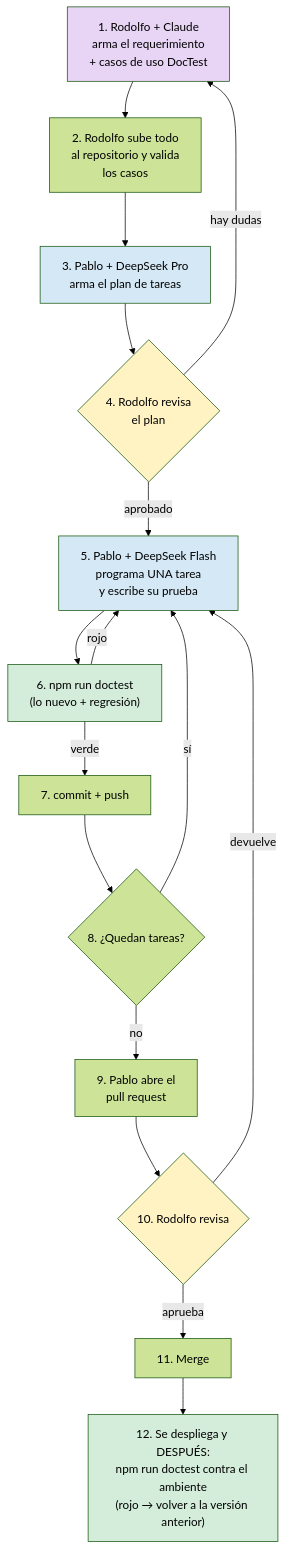
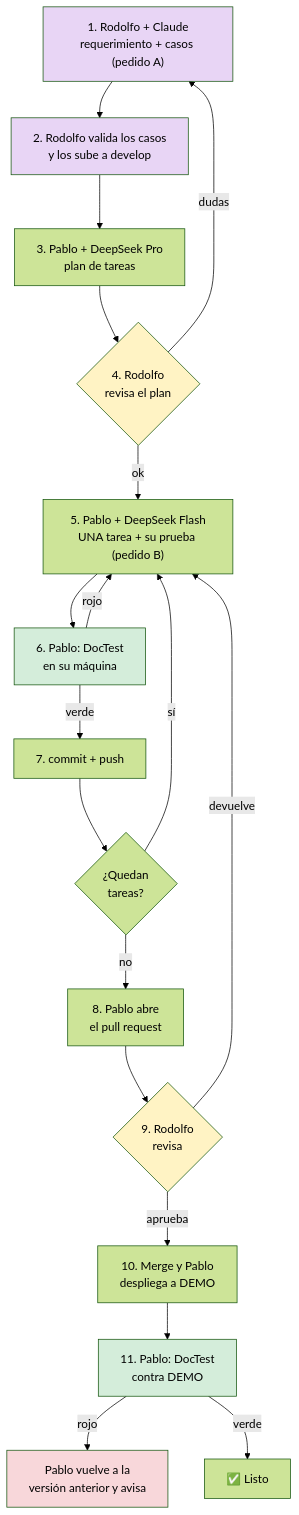
One commit to Trazalog/traz-tools changed the first of 3 diagrams in doc/metodologia/GUIA_REQUERIMIENTOS_CLAUDE_DEEPSEEK.md. Above: the diagram before and after it, drawn with Mermaid (forest theme). The commit also changed other lines of this file, not shown here.

First line of the commit message:
docs(metodologia): guia v1.4 en dos partes, ayuda memoria diaria y detalle; Pablo despliega y verifica [DOCTEST-MODOS]

````diff
--- a/doc/metodologia/GUIA_REQUERIMIENTOS_CLAUDE_DEEPSEEK.md
+++ b/doc/metodologia/GUIA_REQUERIMIENTOS_CLAUDE_DEEPSEEK.md
@@ -53,25 +46,27 @@
 ```mermaid
 flowchart TD
-  A[1. Rodolfo + Claude<br/>arma el requerimiento<br/>+ casos de uso DocTest] --> B[2. Rodolfo sube todo<br/>al repositorio y valida<br/>los casos]
-  B --> C[3. Pablo + DeepSeek Pro<br/>arma el plan de tareas]
-  C --> D{4. Rodolfo revisa<br/>el plan}
-  D -->|hay dudas| A
-  D -->|aprobado| F[5. Pablo + DeepSeek Flash<br/>programa UNA tarea<br/>y escribe su prueba]
-  F --> G["6. npm run doctest<br/>(lo nuevo + regresión)"]
+  A["1. Rodolfo + Claude<br/>requerimiento + casos (pedido A)"] --> B["2. Rodolfo valida los casos<br/>y los sube a develop"]
+  B --> C["3. Pablo + DeepSeek Pro<br/>plan de tareas"]
+  C --> D{"4. Rodolfo<br/>revisa el plan"}
+  D -->|dudas| A
+  D -->|ok| F["5. Pablo + DeepSeek Flash<br/>UNA tarea + su prueba (pedido B)"]
+  F --> G["6. Pablo: DocTest<br/>en su máquina"]
   G -->|rojo| F
-  G -->|verde| H[7. commit + push]
-  H --> I{8. ¿Quedan tareas?}
+  G -->|verde| H["7. commit + push"]
+  H --> I{"¿Quedan<br/>tareas?"}
   I -->|sí| F
-  I -->|no| J[9. Pablo abre el<br/>pull request]
-  J --> K{10. Rodolfo revisa}
+  I -->|no| J["8. Pablo abre<br/>el pull request"]
+  J --> K{"9. Rodolfo<br/>revisa"}
   K -->|devuelve| F
-  K -->|aprueba| L[11. Merge]
-  L --> M["12. Se despliega y DESPUÉS:<br/>npm run doctest contra el ambiente<br/>(rojo → volver a la versión anterior)"]
+  K -->|aprueba| L["10. Merge y Pablo<br/>despliega a DEMO"]
+  L --> M["11. Pablo: DocTest<br/>contra DEMO"]
+  M -->|rojo| N["Pablo vuelve a la<br/>versión anterior y avisa"]
+  M -->|verde| O["✅ Listo"]
   style A fill:#e8d5f5
-  style C fill:#d5e8f5
-  style F fill:#d5e8f5
+  style B fill:#e8d5f5
   style D fill:#fff3c4
+  style K fill:#fff3c4
   style G fill:#d4edda
   style M fill:#d4edda
-  style K fill:#fff3c4
+  style N fill:#f8d7da
 ```
````
